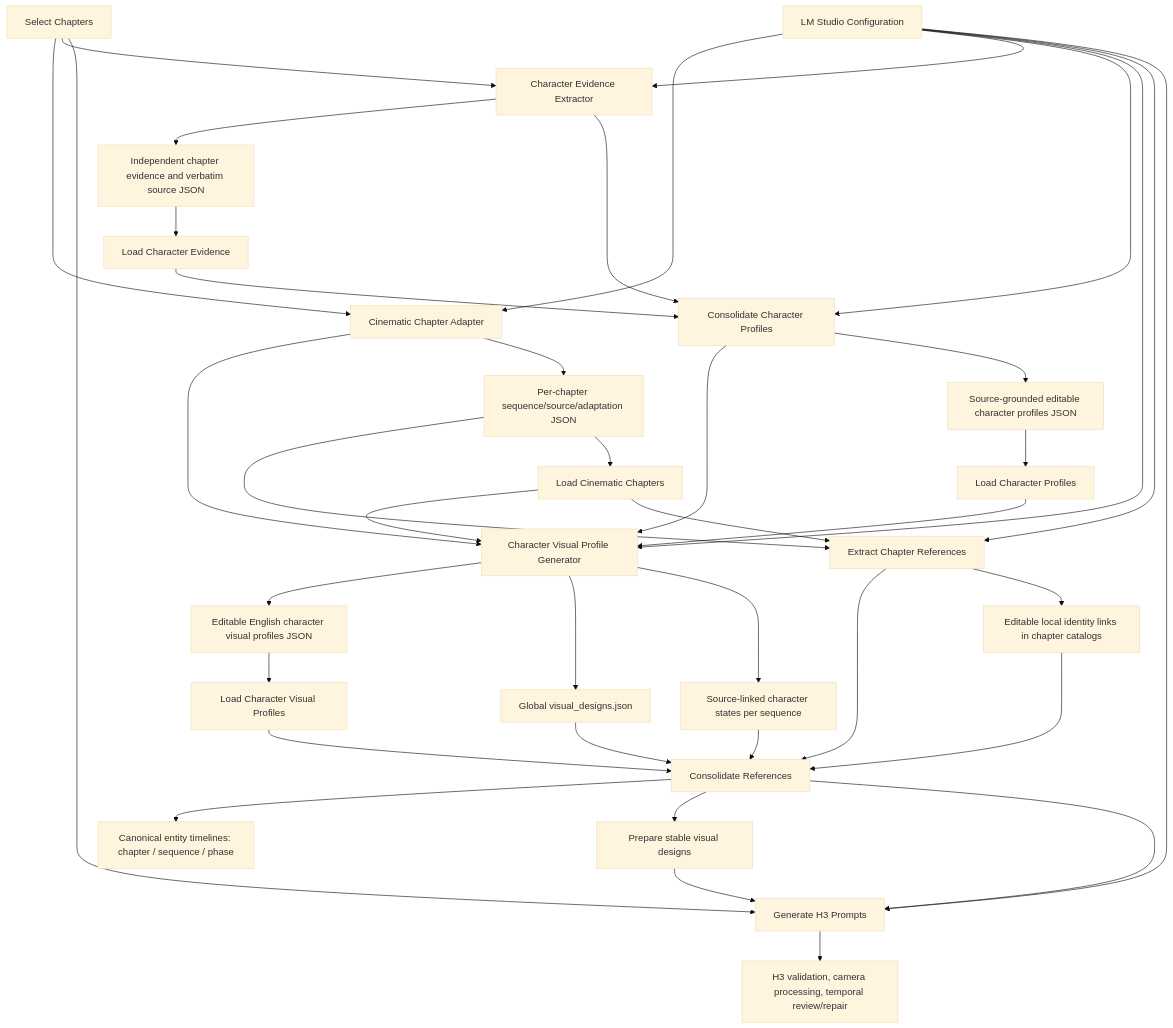
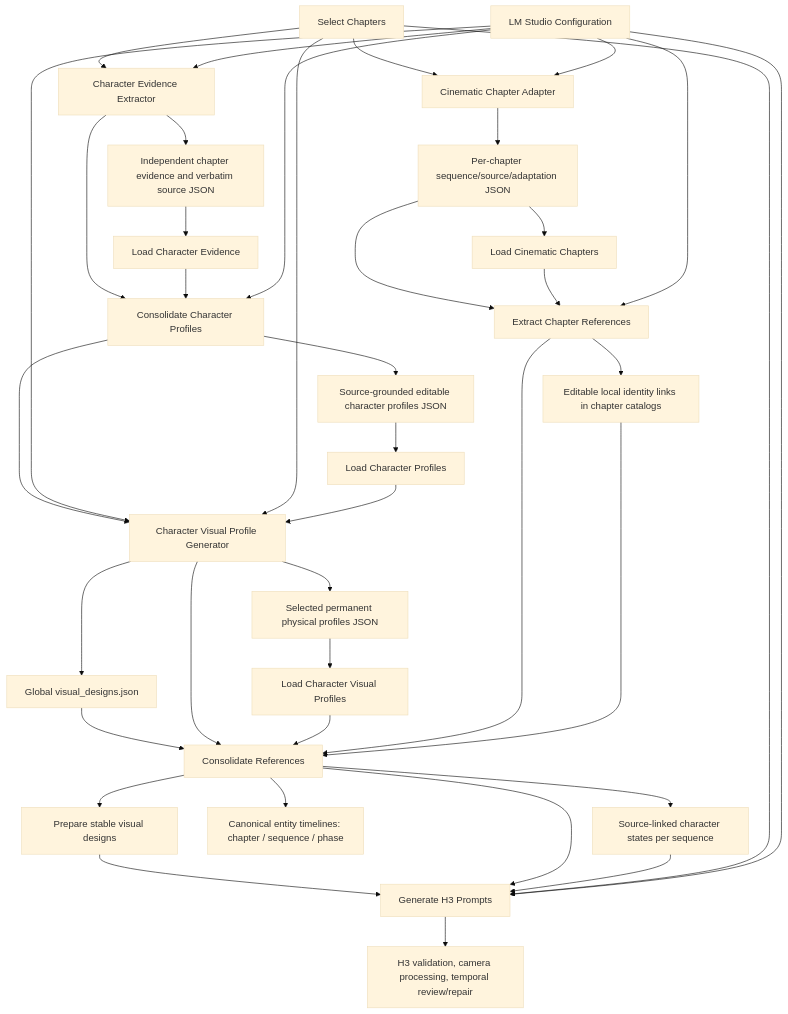
One commit to yuyuki/ComfyUI-Minimax_H3_Novel_Pipeline changed the first of 2 diagrams in docs/architecture.md. Above: the diagram before and after it, drawn with Mermaid (base theme). The commit also changed other lines of this file and 23 other files, not shown here.

First line of the commit message:
Refactor visual design tests and enhance character profile generation

````diff
--- a/docs/architecture.md
+++ b/docs/architecture.md
@@ -10,41 +10,41 @@
 ```mermaid
 flowchart TD
     selector["Select Chapters"] --> adapter["Cinematic Chapter Adapter"]
     config --> adapter
     selector --> evidence["Character Evidence Extractor"]
     config --> evidence
     evidence --> evidence_json["Independent chapter evidence and verbatim source JSON"]
     evidence_json --> evidence_loader["Load Character Evidence"]
     evidence --> profiles["Consolidate Character Profiles"]
     evidence_loader --> profiles
     config --> profiles
     profiles --> visual_profiles["Character Visual Profile Generator"]
     config --> visual_profiles
-    adapter --> visual_profiles
-    loader --> visual_profiles
-    visual_profiles --> visual_json["Editable English character visual profiles JSON"]
+    selector --> visual_profiles
+    visual_profiles --> visual_json["Selected permanent physical profiles JSON"]
     visual_profiles --> global_designs["Global visual_designs.json"]
     global_designs --> consolidate
-    visual_profiles --> local_enrichment["Source-linked character states per sequence"]
-    local_enrichment --> consolidate
+    visual_profiles --> consolidate
+    consolidate --> local_enrichment["Source-linked character states per sequence"]
     visual_json --> visual_loader["Load Character Visual Profiles"]
     visual_loader --> consolidate
     profiles --> profiles_json["Source-grounded editable character profiles JSON"]
     profiles_json --> profiles_loader["Load Character Profiles"]
     profiles_loader --> visual_profiles
     adapter --> adapted["Per-chapter sequence/source/adaptation JSON"]
     adapted --> extract
     adapted --> loader["Load Cinematic Chapters"]
     loader --> extract
     config["LM Studio Configuration"] --> extract["Extract Chapter References"]
     extract --> consolidate["Consolidate References"]
     consolidate --> timeline["Canonical entity timelines: chapter / sequence / phase"]
     extract --> local["Editable local identity links in chapter catalogs"]
     local --> consolidate
     consolidate --> designs["Prepare stable visual designs"]
     designs --> generate["Generate H3 Prompts"]
     consolidate --> generate
+    local_enrichment --> generate
     selector --> generate
     config --> generate
     generate --> review["H3 validation, camera processing, temporal review/repair"]
 ```
````
